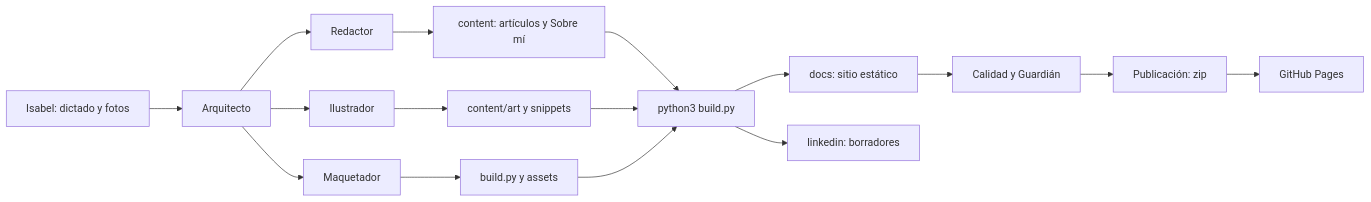
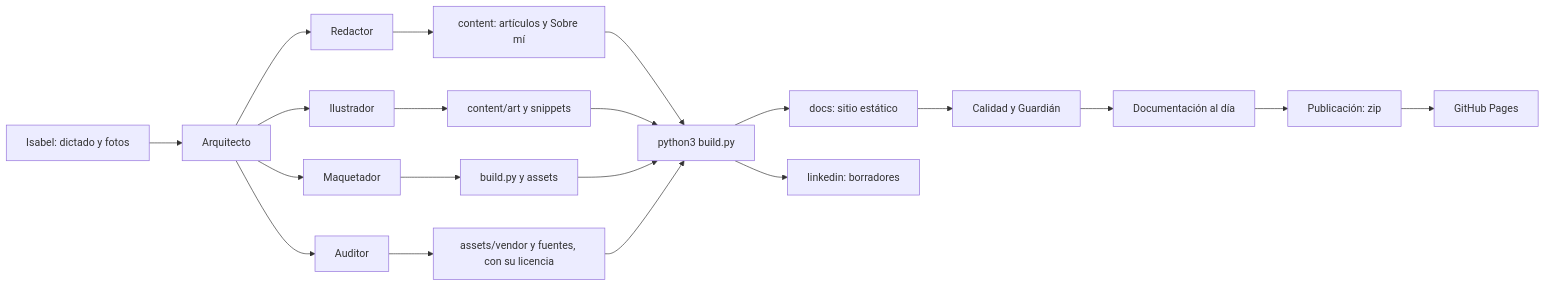
Before and after one commit to IsabelAmrein/Cuaderno: the diagram in documentacion/ARQUITECTURA.md, drawn with Mermaid. The commit also changed other lines of this file and 104 other files, not shown here.

````diff
--- a/documentacion/ARQUITECTURA.md
+++ b/documentacion/ARQUITECTURA.md
@@ -7,18 +7,22 @@
 ```mermaid
 flowchart LR
   I["Isabel: dictado y fotos"] --> AR["Arquitecto"]
   AR --> RE["Redactor"]
   AR --> IL["Ilustrador"]
   AR --> MA["Maquetador"]
+  AR --> AU["Auditor"]
+  AU --> VE["assets/vendor y fuentes, con su licencia"]
   RE --> C["content: artículos y Sobre mí"]
   IL --> ART["content/art y snippets"]
   MA --> B["build.py y assets"]
   C --> G["python3 build.py"]
   ART --> G
   B --> G
+  VE --> G
   G --> S["docs: sitio estático"]
   G --> L["linkedin: borradores"]
   S --> Q["Calidad y Guardián"]
-  Q --> P["Publicación: zip"]
+  Q --> DOC["Documentación al día"]
+  DOC --> P["Publicación: zip"]
   P --> GH["GitHub Pages"]
 ```
````
